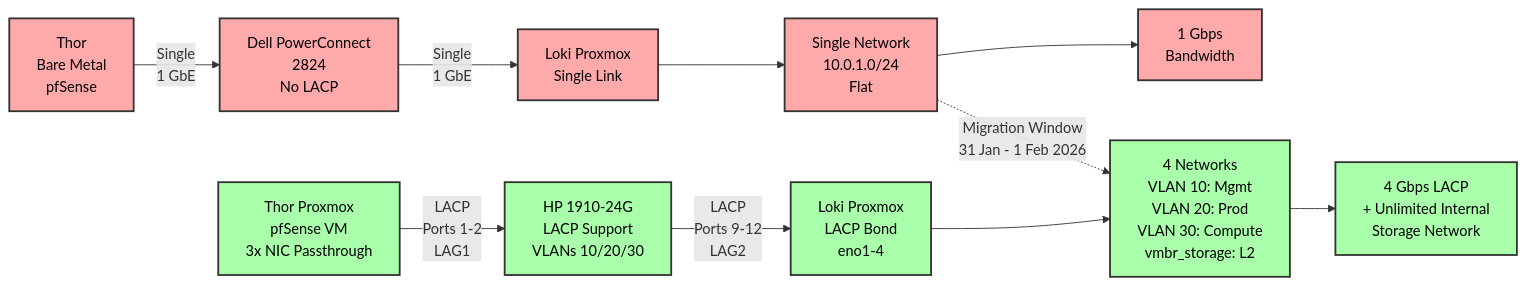
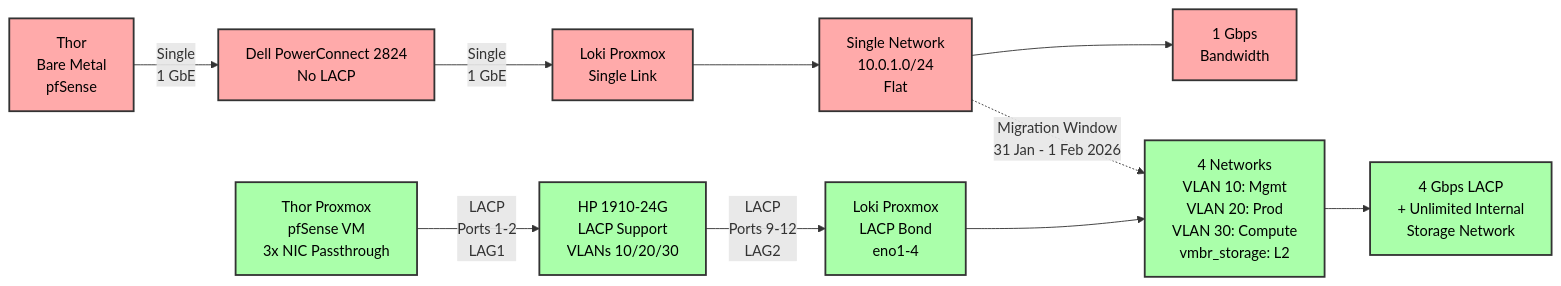
One commit to dranelixx/server-infrastructure changed the third of 3 diagrams in docs/architecture/02 - Target State.md. Above: the diagram before and after it, drawn with Mermaid. The commit also changed other lines of this file and 12 other files, not shown here.

````diff
--- a/docs/architecture/02 - Target State.md
+++ b/docs/architecture/02 - Target State.md
@@ -915,45 +915,45 @@
 ```mermaid
 flowchart LR
-    %% IST (Current State) - Left side
-    IST_Thor["Thor<br/>Bare Metal<br/>pfSense"]
-    IST_Dell["Dell PowerConnect<br/>2824<br/>No LACP"]
-    IST_Loki["Loki Proxmox<br/>Single Link"]
-    IST_Net["Single Network<br/>10.0.1.0/24<br/>Flat"]
-    IST_BW["1 Gbps<br/>Bandwidth"]
+    %% Current (Current State) - Left side
+    Current_Thor["Thor<br/>Bare Metal<br/>pfSense"]
+    Current_Dell["Dell PowerConnect 2824<br/>No LACP"]
+    Current_Loki["Loki Proxmox<br/>Single Link"]
+    Current_Net["Single Network<br/>10.0.1.0/24<br/>Flat"]
+    Current_BW["1 Gbps<br/>Bandwidth"]
 
-    %% SOLL (Target State) - Right side
-    SOLL_Thor["Thor Proxmox<br/>pfSense VM<br/>3x NIC Passthrough"]
-    SOLL_HP["HP 1910-24G<br/>LACP Support<br/>VLANs 10/20/30"]
-    SOLL_Loki["Loki Proxmox<br/>LACP Bond<br/>eno1-4"]
-    SOLL_Net["4 Networks<br/>VLAN 10: Mgmt<br/>VLAN 20: Prod<br/>VLAN 30: Compute<br/>vmbr_storage: L2"]
-    SOLL_BW["4 Gbps LACP<br/>+ Unlimited Internal<br/>Storage Network"]
+    %% Target (Target State) - Right side
+    Target_Thor["Thor Proxmox<br/>pfSense VM<br/>3x NIC Passthrough"]
+    Target_HP["HP 1910-24G<br/>LACP Support<br/>VLANs 10/20/30"]
+    Target_Loki["Loki Proxmox<br/>LACP Bond<br/>eno1-4"]
+    Target_Net["4 Networks<br/>VLAN 10: Mgmt<br/>VLAN 20: Prod<br/>VLAN 30: Compute<br/>vmbr_storage: L2"]
+    Target_BW["4 Gbps LACP<br/>+ Unlimited Internal<br/>Storage Network"]
 
-    %% IST connections
-    IST_Thor -->|Single<br/>1 GbE| IST_Dell
-    IST_Dell -->|Single<br/>1 GbE| IST_Loki
-    IST_Loki --> IST_Net
-    IST_Net --> IST_BW
+    %% Current connections
+    Current_Thor -->|Single<br/>1 GbE| Current_Dell
+    Current_Dell -->|Single<br/>1 GbE| Current_Loki
+    Current_Loki --> Current_Net
+    Current_Net --> Current_BW
 
-    %% SOLL connections
-    SOLL_Thor -->|LACP<br/>Ports 1-2<br/>LAG1| SOLL_HP
-    SOLL_HP -->|LACP<br/>Ports 9-12<br/>LAG2| SOLL_Loki
-    SOLL_Loki --> SOLL_Net
-    SOLL_Net --> SOLL_BW
+    %% Target connections
+    Target_Thor -->|LACP<br/>Ports 1-2<br/>LAG1| Target_HP
+    Target_HP -->|LACP<br/>Ports 9-12<br/>LAG2| Target_Loki
+    Target_Loki --> Target_Net
+    Target_Net --> Target_BW
 
     %% Migration arrow
-    IST_Net -.->|Migration Window<br/>31 Jan - 1 Feb 2026| SOLL_Net
+    Current_Net -.->|Migration Window<br/>31 Jan - 1 Feb 2026| Target_Net
 
-    %% IST Styling (Red/Orange)
-    style IST_Thor fill:#faa,stroke:#333,stroke-width:2px,color:#000
-    style IST_Dell fill:#faa,stroke:#333,stroke-width:2px,color:#000
-    style IST_Loki fill:#faa,stroke:#333,stroke-width:2px,color:#000
-    style IST_Net fill:#faa,stroke:#333,stroke-width:2px,color:#000
-    style IST_BW fill:#faa,stroke:#333,stroke-width:2px,color:#000
+    %% Current Styling (Red/Orange)
+    style Current_Thor fill:#faa,stroke:#333,stroke-width:2px,color:#000
+    style Current_Dell fill:#faa,stroke:#333,stroke-width:2px,color:#000
+    style Current_Loki fill:#faa,stroke:#333,stroke-width:2px,color:#000
+    style Current_Net fill:#faa,stroke:#333,stroke-width:2px,color:#000
+    style Current_BW fill:#faa,stroke:#333,stroke-width:2px,color:#000
 
-    %% SOLL Styling (Green)
-    style SOLL_Thor fill:#afa,stroke:#333,stroke-width:2px,color:#000
-    style SOLL_HP fill:#afa,stroke:#333,stroke-width:2px,color:#000
-    style SOLL_Loki fill:#afa,stroke:#333,stroke-width:2px,color:#000
-    style SOLL_Net fill:#afa,stroke:#333,stroke-width:2px,color:#000
-    style SOLL_BW fill:#afa,stroke:#333,stroke-width:2px,color:#000
+    %% Target Styling (Green)
+    style Target_Thor fill:#afa,stroke:#333,stroke-width:2px,color:#000
+    style Target_HP fill:#afa,stroke:#333,stroke-width:2px,color:#000
+    style Target_Loki fill:#afa,stroke:#333,stroke-width:2px,color:#000
+    style Target_Net fill:#afa,stroke:#333,stroke-width:2px,color:#000
+    style Target_BW fill:#afa,stroke:#333,stroke-width:2px,color:#000
 ```
````
